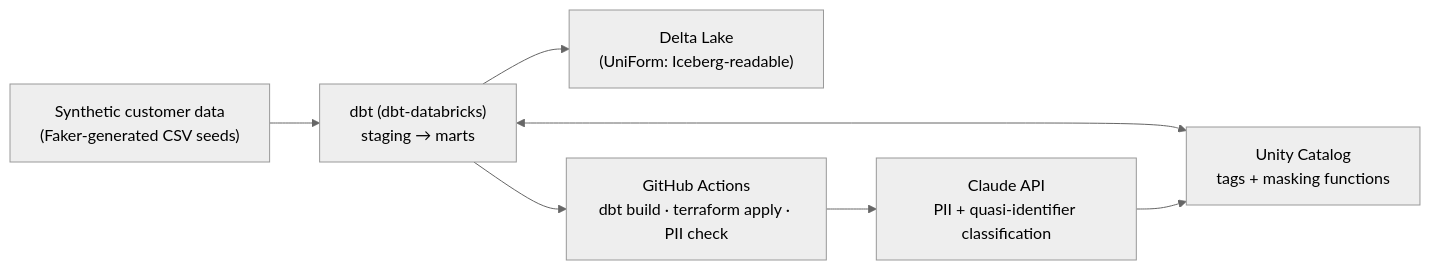
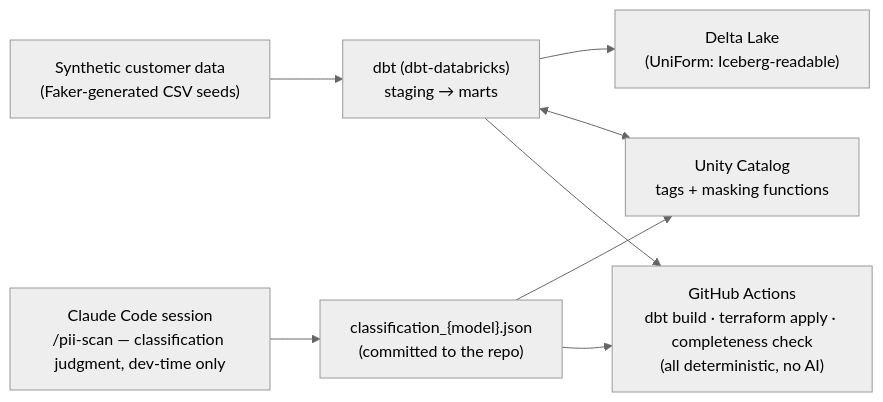
Before and after one commit to Karasu1t/dbt-pii-compliance-pipeline: the second of 2 diagrams in README.md, drawn with Mermaid (neutral theme). The commit also changed other lines of this file and 25 other files, not shown here.

````diff
--- a/README.md
+++ b/README.md
@@ -62,14 +63,16 @@
 ```mermaid
 flowchart LR
     Seeds["Synthetic customer data\n(Faker-generated CSV seeds)"]
     DBT["dbt (dbt-databricks)\nstaging → marts"]
     UC["Unity Catalog\ntags + masking functions"]
     Delta["Delta Lake\n(UniForm: Iceberg-readable)"]
-    Claude["Claude API\nPII + quasi-identifier classification"]
-    CI["GitHub Actions\ndbt build · terraform apply · PII check"]
+    Claude["Claude Code session\n/pii-scan — classification judgment, dev-time only"]
+    JSON["classification_{model}.json\n(committed to the repo)"]
+    CI["GitHub Actions\ndbt build · terraform apply · completeness check\n(all deterministic, no AI)"]
 
     Seeds --> DBT --> Delta
     DBT <--> UC
-    Claude --> UC
-    DBT --> CI --> Claude
+    Claude --> JSON --> UC
+    JSON --> CI
+    DBT --> CI
 ```
````
